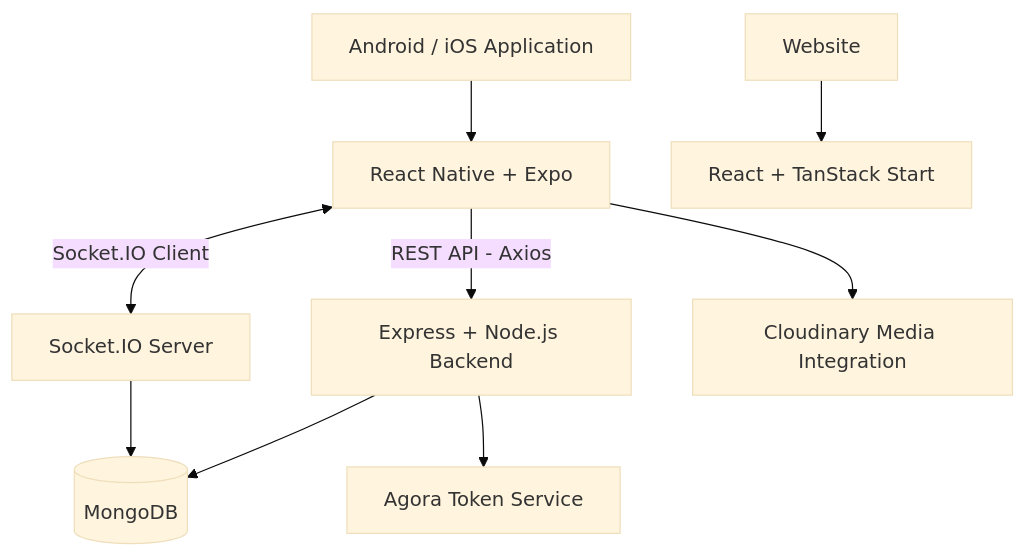
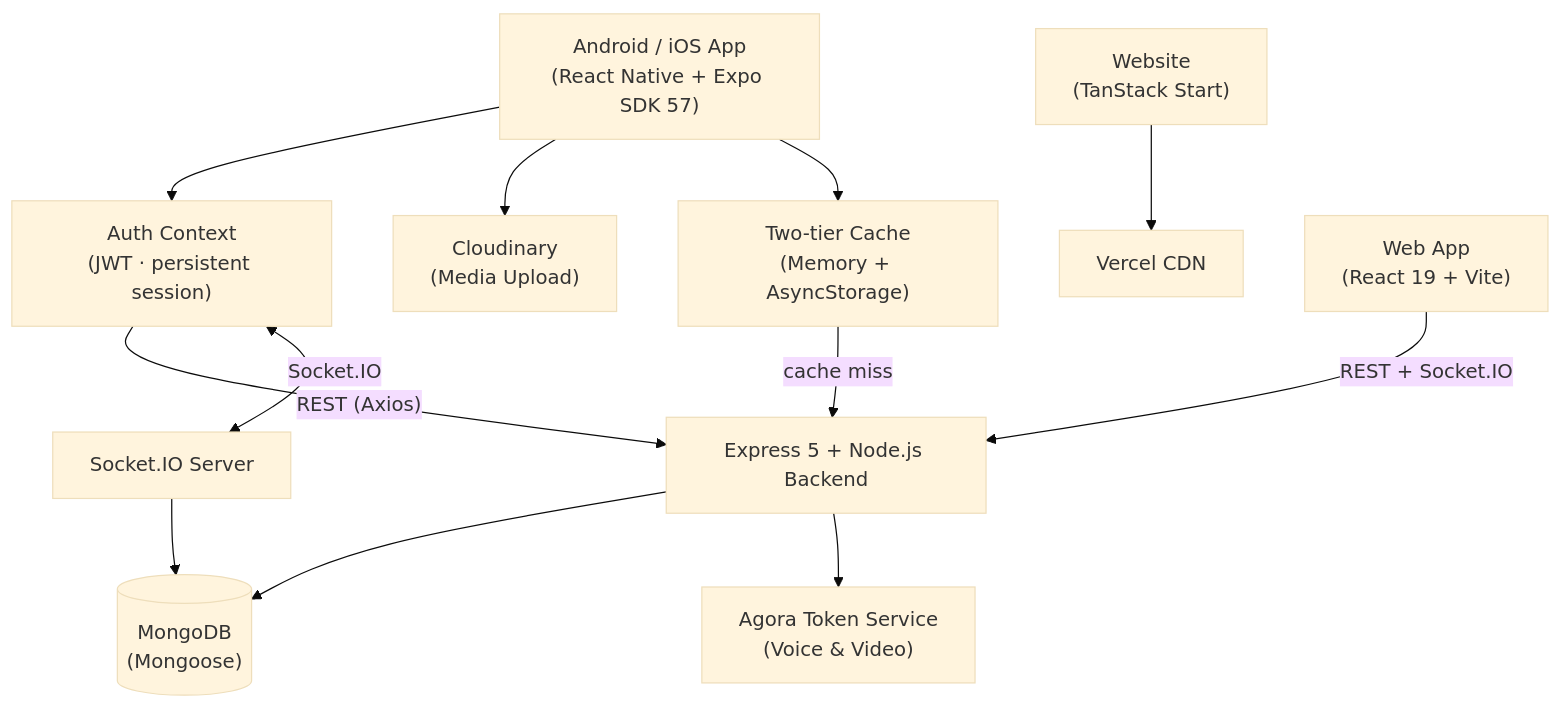
Before and after one commit to Tanjiro-77/bubbly-chatapp: the first of 2 diagrams in README.md, drawn with Mermaid (base theme). The commit also changed other lines of this file and 3 other files, not shown here.

````diff
--- a/README.md
+++ b/README.md
@@ -262,11 +348,14 @@
 ```mermaid
 flowchart TD
-    A[Android / iOS Application] --> B[React Native + Expo]
-    B -->|REST API - Axios| C[Express + Node.js Backend]
-    B <-->|Socket.IO Client| D[Socket.IO Server]
-    C --> E[(MongoDB)]
+    A["Android / iOS App\n(React Native + Expo SDK 57)"] --> B["Auth Context\n(JWT · persistent session)"]
+    B -->|"REST (Axios)"| C["Express 5 + Node.js Backend"]
+    B <-->|"Socket.IO"| D["Socket.IO Server"]
+    C --> E[("MongoDB\n(Mongoose)")]
     D --> E
-    C --> F[Agora Token Service]
-    B --> G[Cloudinary Media Integration]
-    H[Website] --> I[React + TanStack Start]
+    C --> F["Agora Token Service\n(Voice & Video)"]
+    A --> G["Cloudinary\n(Media Upload)"]
+    A --> H["Two-tier Cache\n(Memory + AsyncStorage)"]
+    H -->|"cache miss"| C
+    I["Website\n(TanStack Start)"] --> J["Vercel CDN"]
+    K["Web App\n(React 19 + Vite)"] -->|"REST + Socket.IO"| C
 ```
````
